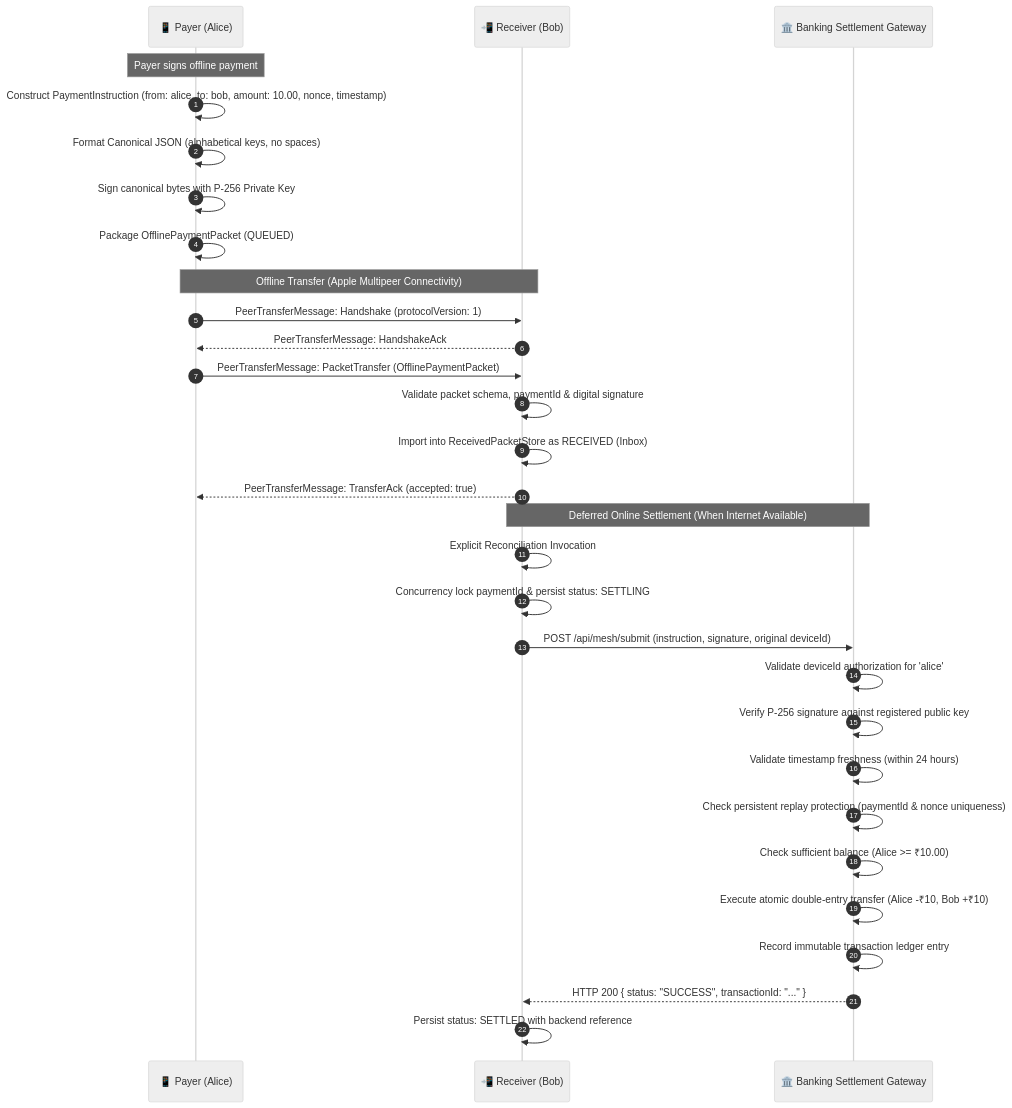
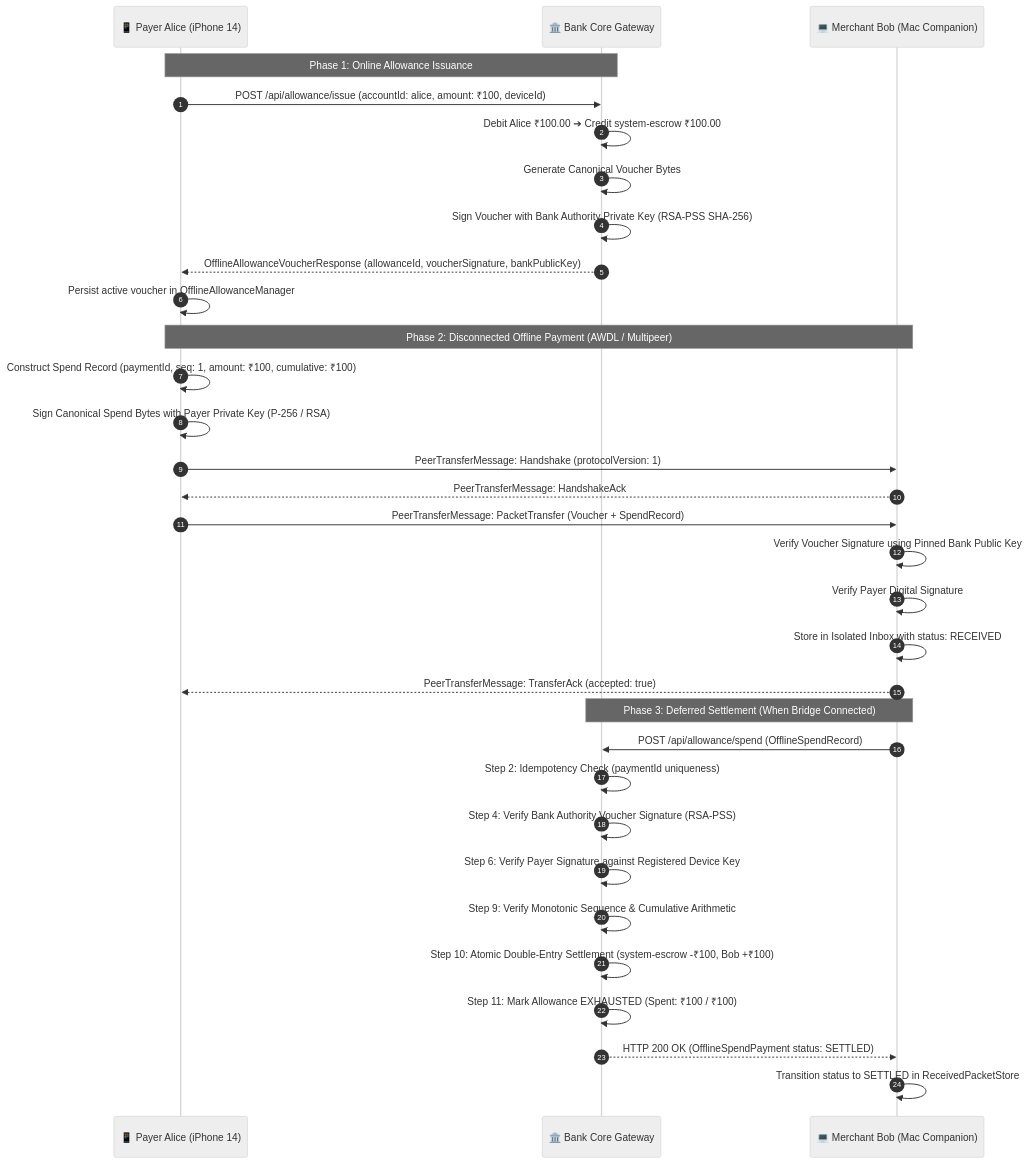
Before and after one commit to Jarjis-Alam/upimesh: the second of 2 diagrams in README.md, drawn with Mermaid (neutral theme). The commit also changed other lines of this file, not shown here.

````diff
--- a/README.md
+++ b/README.md
@@ -147,35 +142,37 @@
 ```mermaid
 sequenceDiagram
     autonumber
-    participant Alice as 📱 Payer (Alice)
-    participant Bob as 📲 Receiver (Bob)
-    participant Bank as 🏛️ Banking Settlement Gateway
+    participant Alice as 📱 Payer Alice (iPhone 14)
+    participant Bank as 🏛️ Bank Core Gateway
+    participant Bob as 💻 Merchant Bob (Mac Companion)
 
-    Note over Alice: Payer signs offline payment
-    Alice->>Alice: Construct PaymentInstruction (from: alice, to: bob, amount: 10.00, nonce, timestamp)
-    Alice->>Alice: Format Canonical JSON (alphabetical keys, no spaces)
-    Alice->>Alice: Sign canonical bytes with P-256 Private Key
-    Alice->>Alice: Package OfflinePaymentPacket (QUEUED)
+    Note over Alice,Bank: Phase 1: Online Allowance Issuance
+    Alice->>Bank: POST /api/allowance/issue (accountId: alice, amount: ₹100, deviceId)
+    Bank->>Bank: Debit Alice ₹100.00 ➔ Credit system-escrow ₹100.00
+    Bank->>Bank: Generate Canonical Voucher Bytes
+    Bank->>Bank: Sign Voucher with Bank Authority Private Key (RSA-PSS SHA-256)
+    Bank-->>Alice: OfflineAllowanceVoucherResponse (allowanceId, voucherSignature, bankPublicKey)
+    Alice->>Alice: Persist active voucher in OfflineAllowanceManager
 
-    Note over Alice,Bob: Offline Transfer (Apple Multipeer Connectivity)
+    Note over Alice,Bob: Phase 2: Disconnected Offline Payment (AWDL / Multipeer)
+    Alice->>Alice: Construct Spend Record (paymentId, seq: 1, amount: ₹100, cumulative: ₹100)
+    Alice->>Alice: Sign Canonical Spend Bytes with Payer Private Key (P-256 / RSA)
     Alice->>Bob: PeerTransferMessage: Handshake (protocolVersion: 1)
     Bob-->>Alice: PeerTransferMessage: HandshakeAck
-    Alice->>Bob: PeerTransferMessage: PacketTransfer (OfflinePaymentPacket)
-    Bob->>Bob: Validate packet schema, paymentId & digital signature
-    Bob->>Bob: Import into ReceivedPacketStore as RECEIVED (Inbox)
+    Alice->>Bob: PeerTransferMessage: PacketTransfer (Voucher + SpendRecord)
+    Bob->>Bob: Verify Voucher Signature using Pinned Bank Public Key
+    Bob->>Bob: Verify Payer Digital Signature
+    Bob->>Bob: Store in Isolated Inbox with status: RECEIVED
     Bob-->>Alice: PeerTransferMessage: TransferAck (accepted: true)
 
-    Note over Bob,Bank: Deferred Online Settlement (When Internet Available)
-    Bob->>Bob: Explicit Reconciliation Invocation
-    Bob->>Bob: Concurrency lock paymentId & persist status: SETTLING
-    Bob->>Bank: POST /api/mesh/submit (instruction, signature, original deviceId)
-    Bank->>Bank: Validate deviceId authorization for 'alice'
-    Bank->>Bank: Verify P-256 signature against registered public key
-    Bank->>Bank: Validate timestamp freshness (within 24 hours)
-    Bank->>Bank: Check persistent replay protection (paymentId & nonce uniqueness)
-    Bank->>Bank: Check sufficient balance (Alice >= ₹10.00)
-    Bank->>Bank: Execute atomic double-entry transfer (Alice -₹10, Bob +₹10)
-    Bank->>Bank: Record immutable transaction ledger entry
-    Bank-->>Bob: HTTP 200 { status: "SUCCESS", transactionId: "..." }
-    Bob->>Bob: Persist status: SETTLED with backend reference
+    Note over Bob,Bank: Phase 3: Deferred Settlement (When Bridge Connected)
+    Bob->>Bank: POST /api/allowance/spend (OfflineSpendRecord)
+    Bank->>Bank: Step 2: Idempotency Check (paymentId uniqueness)
+    Bank->>Bank: Step 4: Verify Bank Authority Voucher Signature (RSA-PSS)
+    Bank->>Bank: Step 6: Verify Payer Signature against Registered Device Key
+    Bank->>Bank: Step 9: Verify Monotonic Sequence & Cumulative Arithmetic
+    Bank->>Bank: Step 10: Atomic Double-Entry Settlement (system-escrow -₹100, Bob +₹100)
+    Bank->>Bank: Step 11: Mark Allowance EXHAUSTED (Spent: ₹100 / ₹100)
+    Bank-->>Bob: HTTP 200 OK (OfflineSpendPayment status: SETTLED)
+    Bob->>Bob: Transition status to SETTLED in ReceivedPacketStore
 ```
````
